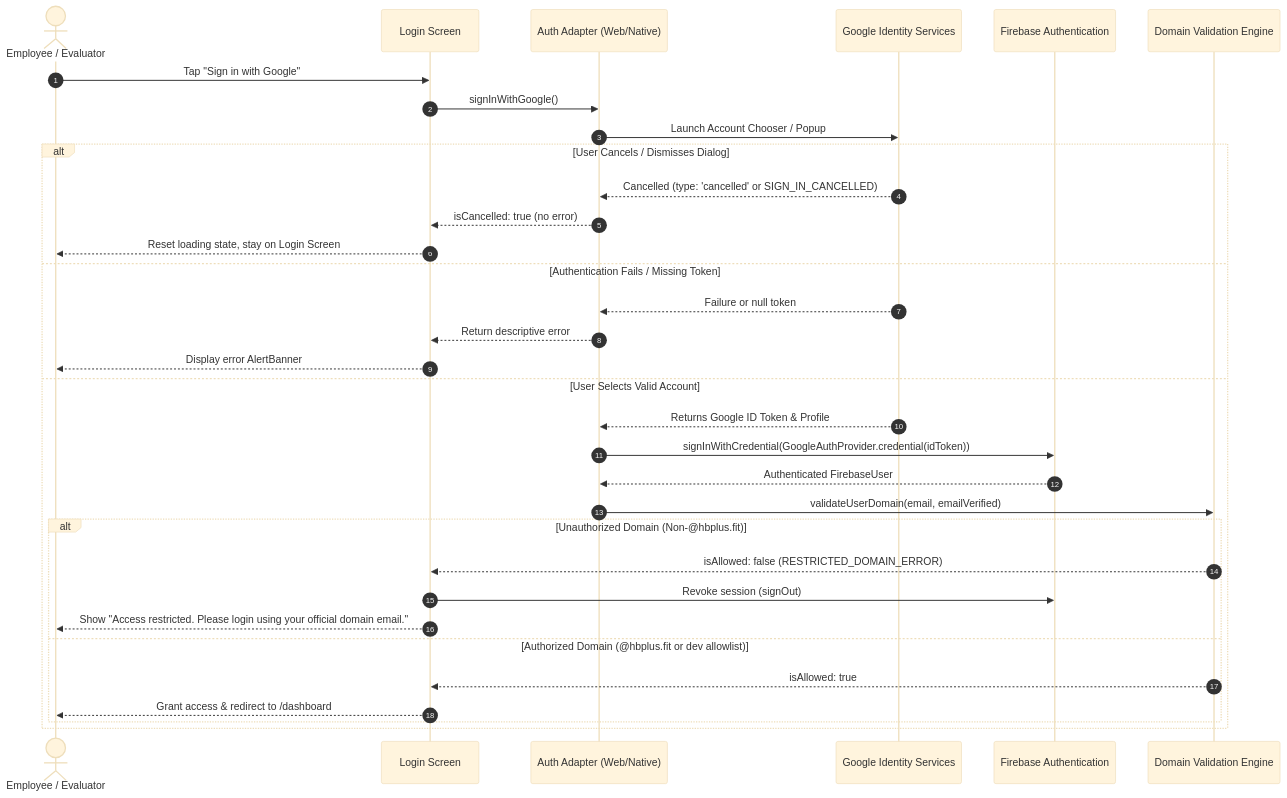
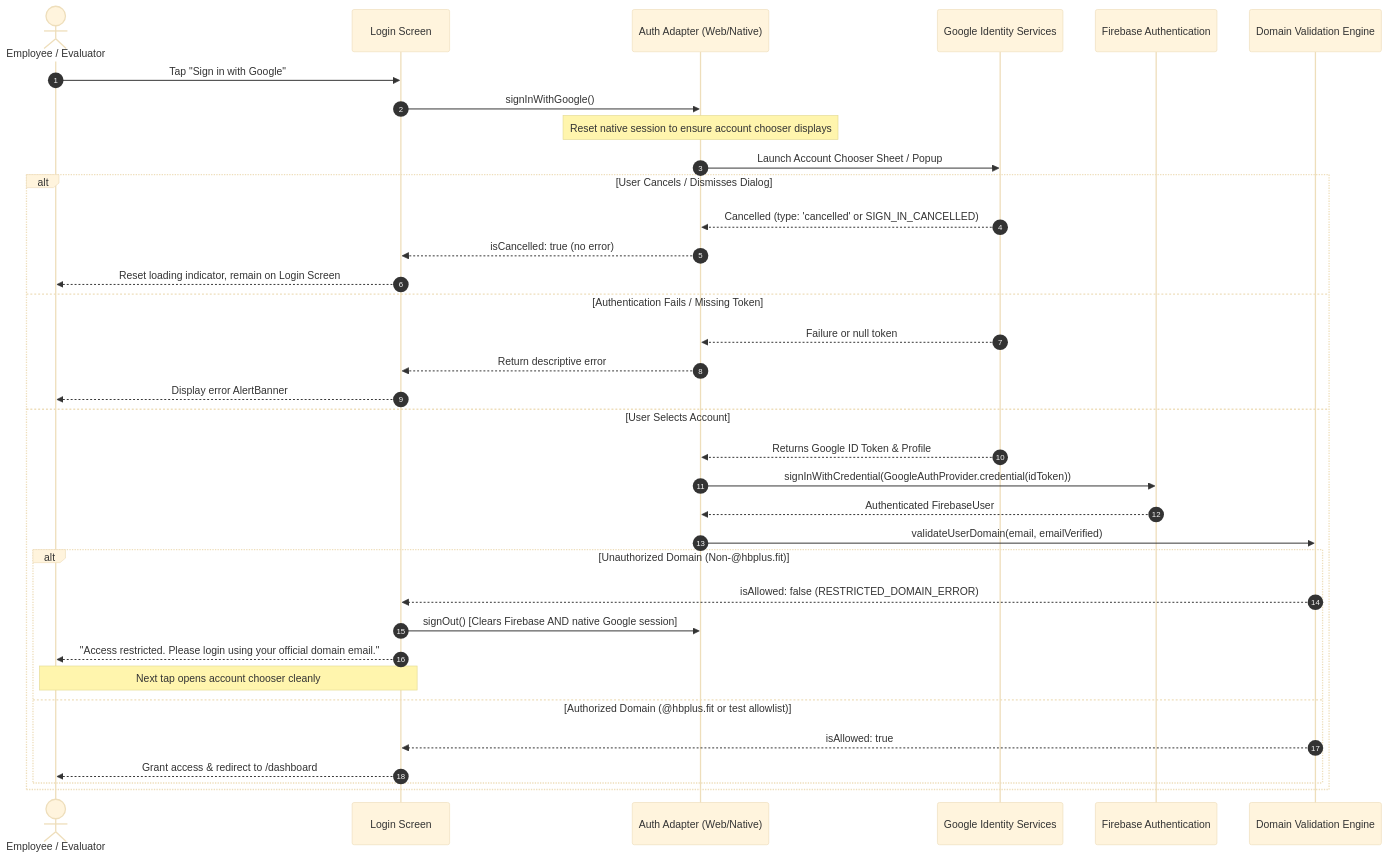
One commit to BASHISTHANAYAK/hbplus-auth-assessment changed the diagram in README.md. Above: the diagram before and after it, drawn with Mermaid (base theme). The commit also changed other lines of this file, not shown here.

````diff
--- a/README.md
+++ b/README.md
@@ -94,38 +98,40 @@
 ```mermaid
 sequenceDiagram
     autonumber
     actor User as Employee / Evaluator
     participant UI as Login Screen
     participant Adapter as Auth Adapter (Web/Native)
     participant Google as Google Identity Services
     participant Firebase as Firebase Authentication
     participant Guard as Domain Validation Engine
 
     User->>UI: Tap "Sign in with Google"
     UI->>Adapter: signInWithGoogle()
-    Adapter->>Google: Launch Account Chooser / Popup
+    Note over Adapter: Reset native session to ensure account chooser displays
+    Adapter->>Google: Launch Account Chooser Sheet / Popup
     
     alt User Cancels / Dismisses Dialog
         Google-->>Adapter: Cancelled (type: 'cancelled' or SIGN_IN_CANCELLED)
         Adapter-->>UI: isCancelled: true (no error)
-        UI-->>User: Reset loading state, stay on Login Screen
+        UI-->>User: Reset loading indicator, remain on Login Screen
     else Authentication Fails / Missing Token
         Google-->>Adapter: Failure or null token
         Adapter-->>UI: Return descriptive error
         UI-->>User: Display error AlertBanner
-    else User Selects Valid Account
+    else User Selects Account
         Google-->>Adapter: Returns Google ID Token & Profile
         Adapter->>Firebase: signInWithCredential(GoogleAuthProvider.credential(idToken))
         Firebase-->>Adapter: Authenticated FirebaseUser
         Adapter->>Guard: validateUserDomain(email, emailVerified)
         
         alt Unauthorized Domain (Non-@hbplus.fit)
             Guard-->>UI: isAllowed: false (RESTRICTED_DOMAIN_ERROR)
-            UI->>Firebase: Revoke session (signOut)
-            UI-->>User: Show "Access restricted. Please login using your official domain email."
-        else Authorized Domain (@hbplus.fit or dev allowlist)
+            UI->>Adapter: signOut() [Clears Firebase AND native Google session]
+            UI-->>User: "Access restricted. Please login using your official domain email."
+            Note over UI,User: Next tap opens account chooser cleanly
+        else Authorized Domain (@hbplus.fit or test allowlist)
             Guard-->>UI: isAllowed: true
             UI-->>User: Grant access & redirect to /dashboard
         end
     end
 ```
````
